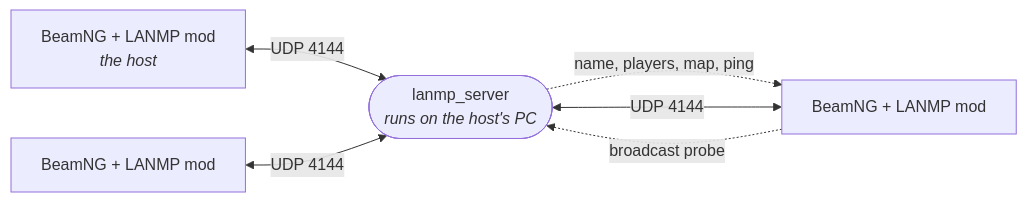
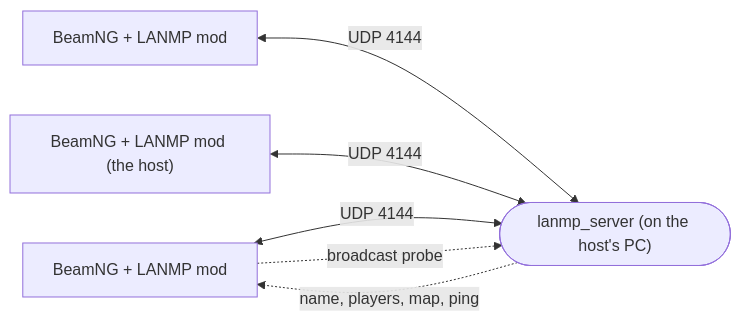
Before and after one commit to somebodyIdontknowman/BeamNG-LanMP: the diagram in README.md, drawn with Mermaid.

Commit message:
README: simplify diagram labels

````diff
--- a/README.md
+++ b/README.md
@@ -23,8 +23,8 @@
 ```mermaid
 flowchart LR
-    H["BeamNG + LANMP mod<br/><i>the host</i>"] <-->|UDP 4144| S(["lanmp_server<br/><i>runs on the host's PC</i>"])
-    P1["BeamNG + LANMP mod"] <-->|UDP 4144| S
+    P1["BeamNG + LANMP mod"] <-->|UDP 4144| S(["lanmp_server (on the host's PC)"])
     P2["BeamNG + LANMP mod"] <-->|UDP 4144| S
+    H["BeamNG + LANMP mod (the host)"] <-->|UDP 4144| S
     P1 -.->|broadcast probe| S
-    S -.->|"name, players, map, ping"| P1
+    S -.->|name, players, map, ping| P1
 ```
````
